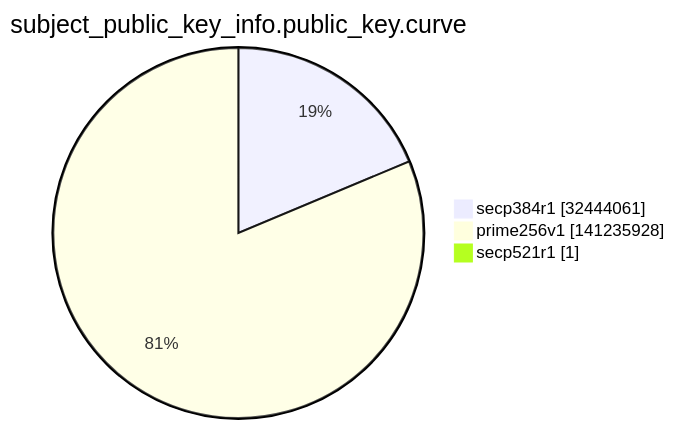
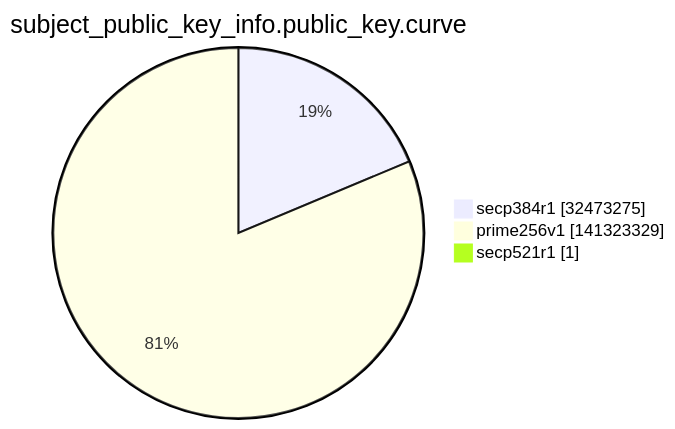
One commit to christiankrug/ctmonitor_visualization changed the ninth of 15 diagrams in argon2022/README.md. Above: the diagram before and after it, drawn with Mermaid. The commit also changed other lines of this file, not shown here.

````diff
--- a/argon2022/README.md
+++ b/argon2022/README.md
@@ -2763,7 +2763,7 @@
 ```mermaid
 pie showData
 title subject_public_key_info.public_key.curve
-"secp384r1" :32444061
-"prime256v1" :141235928
+"secp384r1" :32473275
+"prime256v1" :141323329
 "secp521r1" :1
 ```
````
